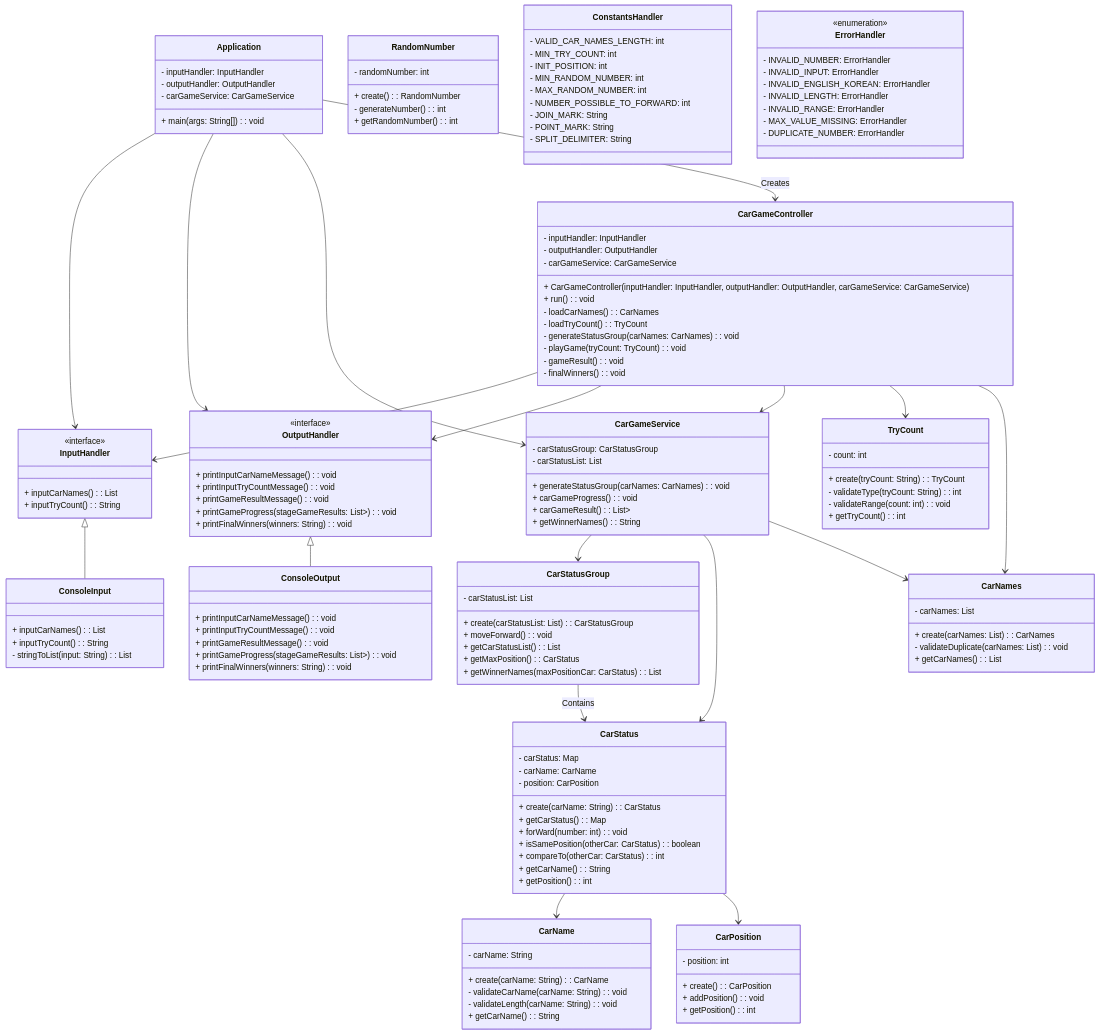
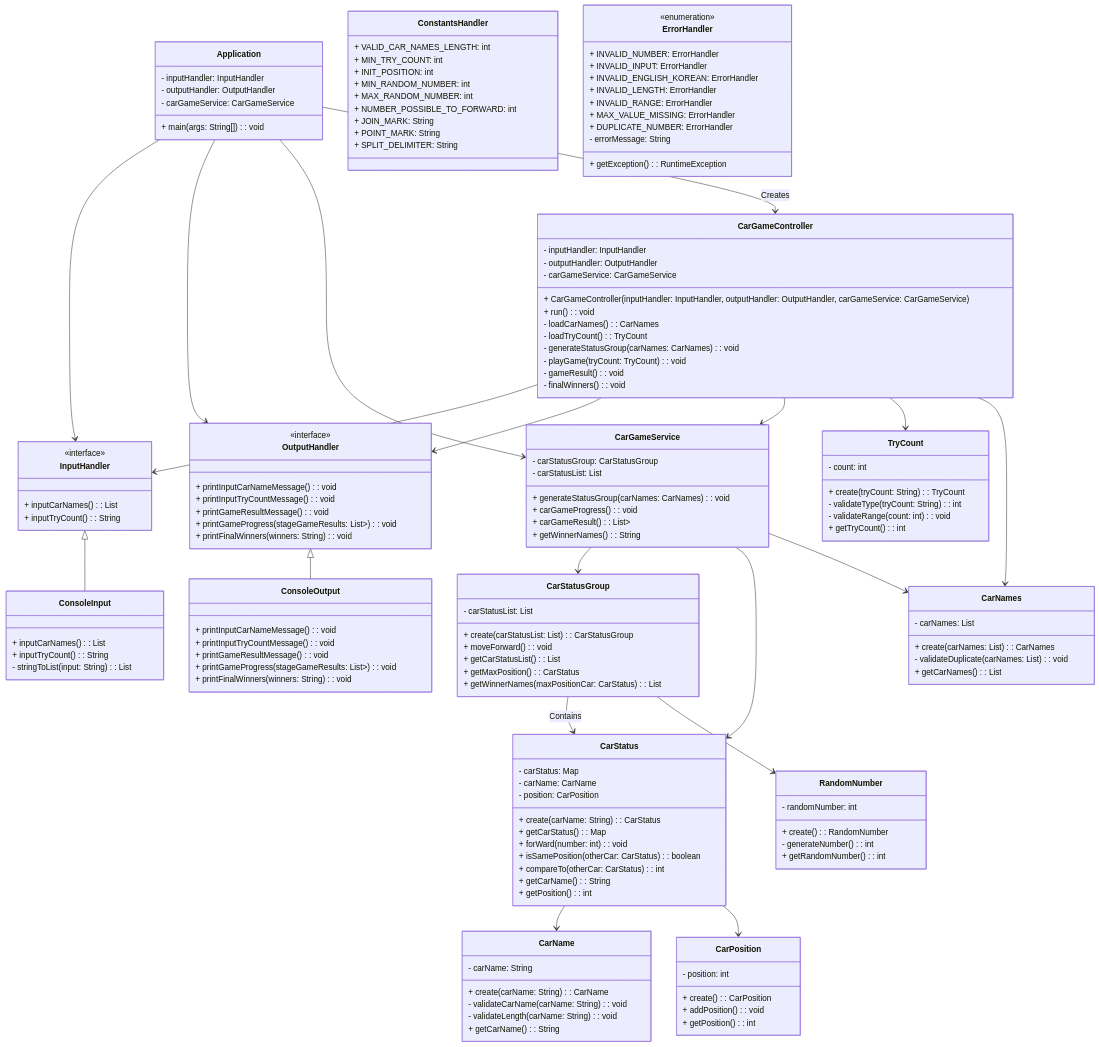
The diagram in docs/README.md (woowacourse-precourse/java-racingcar-6), drawn with Mermaid before and after one commit.

Commit message:
docs(README) : UML 수정

````diff
--- a/docs/README.md
+++ b/docs/README.md
@@ -236,26 +236,28 @@
     }
 
     class ConstantsHandler {
-        - VALID_CAR_NAMES_LENGTH: int
-        - MIN_TRY_COUNT: int
-        - INIT_POSITION: int
-        - MIN_RANDOM_NUMBER: int
-        - MAX_RANDOM_NUMBER: int
-        - NUMBER_POSSIBLE_TO_FORWARD: int
-        - JOIN_MARK: String
-        - POINT_MARK: String
-        - SPLIT_DELIMITER: String
+        + VALID_CAR_NAMES_LENGTH: int
+        + MIN_TRY_COUNT: int
+        + INIT_POSITION: int
+        + MIN_RANDOM_NUMBER: int
+        + MAX_RANDOM_NUMBER: int
+        + NUMBER_POSSIBLE_TO_FORWARD: int
+        + JOIN_MARK: String
+        + POINT_MARK: String
+        + SPLIT_DELIMITER: String
     }
 
     class ErrorHandler {
         <<enumeration>>
-        - INVALID_NUMBER: ErrorHandler
-        - INVALID_INPUT: ErrorHandler
-        - INVALID_ENGLISH_KOREAN: ErrorHandler
-        - INVALID_LENGTH: ErrorHandler
-        - INVALID_RANGE: ErrorHandler
-        - MAX_VALUE_MISSING: ErrorHandler
-        - DUPLICATE_NUMBER: ErrorHandler
+        + INVALID_NUMBER: ErrorHandler
+        + INVALID_INPUT: ErrorHandler
+        + INVALID_ENGLISH_KOREAN: ErrorHandler
+        + INVALID_LENGTH: ErrorHandler
+        + INVALID_RANGE: ErrorHandler
+        + MAX_VALUE_MISSING: ErrorHandler
+        + DUPLICATE_NUMBER: ErrorHandler
+        - errorMessage: String
+        + getException(): RuntimeException
     }
 
 InputHandler <|-- ConsoleInput
@@ -274,6 +276,7 @@
 CarGameService --> CarStatus
 CarGameService --> CarNames
 CarStatusGroup --> CarStatus : Contains
+CarStatusGroup --> RandomNumber
 CarStatus --> CarName
 CarStatus --> CarPosition
 ```
````
